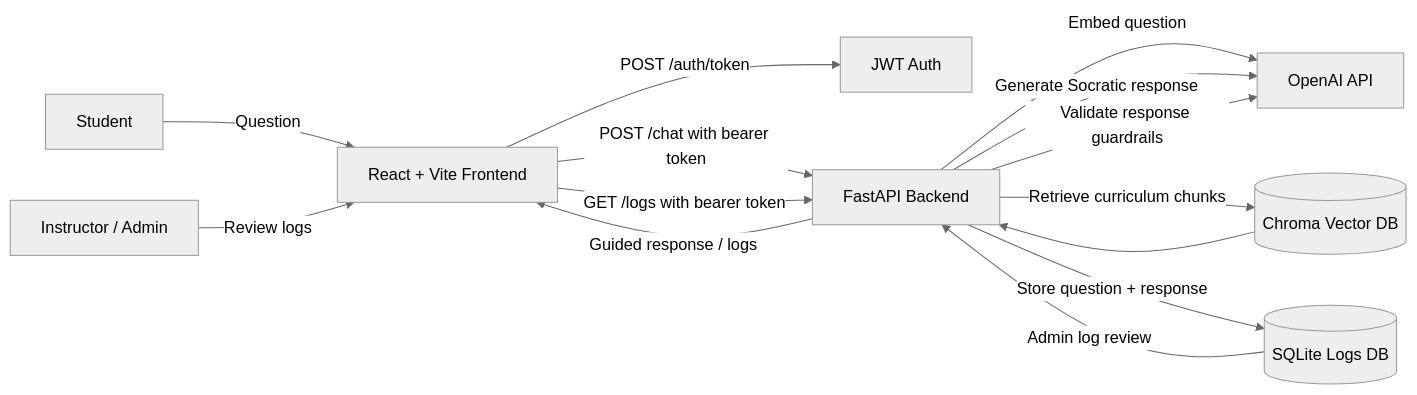
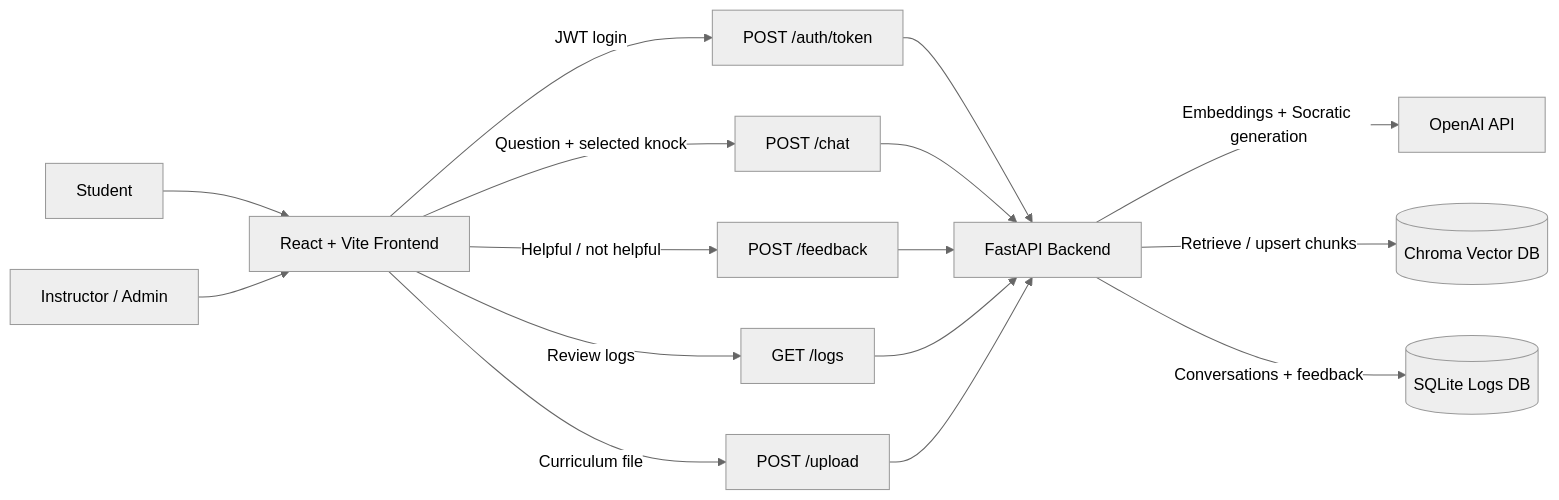
The first of 4 diagrams in README.md (SamPomeroy/our-door), drawn with Mermaid (neutral theme) before and after one commit. The commit also changed other lines of this file, not shown here.

````diff
--- a/README.md
+++ b/README.md
@@ -108,18 +157,21 @@
 ```mermaid
 flowchart LR
-  Student[Student] -->|Question| Frontend[React + Vite Frontend]
-  Admin[Instructor / Admin] -->|Review logs| Frontend
+  Student[Student] --> Frontend[React + Vite Frontend]
+  Admin[Instructor / Admin] --> Frontend
 
-  Frontend -->|POST /auth/token| Auth[JWT Auth]
-  Frontend -->|POST /chat with bearer token| API[FastAPI Backend]
-  Frontend -->|GET /logs with bearer token| API
+  Frontend -->|JWT login| Auth[POST /auth/token]
+  Frontend -->|Question + selected knock| Chat[POST /chat]
+  Frontend -->|Helpful / not helpful| Feedback[POST /feedback]
+  Frontend -->|Review logs| Logs[GET /logs]
+  Frontend -->|Curriculum file| Upload[POST /upload]
 
-  API -->|Embed question| OpenAI[OpenAI API]
-  API -->|Retrieve curriculum chunks| Chroma[(Chroma Vector DB)]
-  Chroma --> API
-  API -->|Generate Socratic response| OpenAI
-  API -->|Validate response guardrails| OpenAI
-  API -->|Store question + response| SQLite[(SQLite Logs DB)]
-  SQLite -->|Admin log review| API
-  API -->|Guided response / logs| Frontend
+  Auth --> API[FastAPI Backend]
+  Chat --> API
+  Feedback --> API
+  Logs --> API
+  Upload --> API
+
+  API -->|Embeddings + Socratic generation| OpenAI[OpenAI API]
+  API -->|Retrieve / upsert chunks| Chroma[(Chroma Vector DB)]
+  API -->|Conversations + feedback| SQLite[(SQLite Logs DB)]
 ```
````
